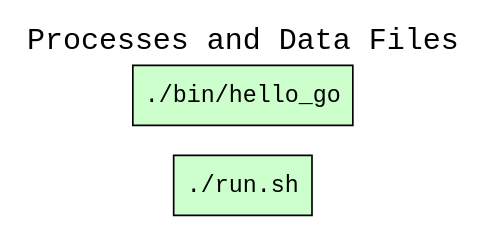
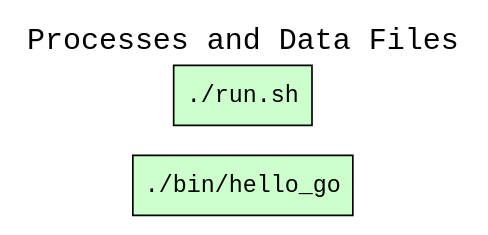
Before and after one commit to CIRSS/cpr: the diagram in examples/02-hello-go/graphs/wt_processes_and_data_files.dot, drawn with Graphviz. The commit also changed other lines of this file and 26 other files, not shown here.

```diff
--- a/examples/02-hello-go/graphs/wt_processes_and_data_files.dot
+++ b/examples/02-hello-go/graphs/wt_processes_and_data_files.dot
@@ -1,10 +1,10 @@
 
 digraph wt_run {
 rankdir=LR
 fontname=Courier; fontsize=18; labelloc=t
 label="Processes and Data Files"
 node[shape=box style="filled" fillcolor="#CCFFCC" peripheries=1 fontname=Courier]
+"exe:e2" [label="./bin/hello_go"]
 "exe:e1" [label="./run.sh"]
-"exe:e2" [label="./bin/hello_go"]
 node[shape=box style="rounded,filled" fillcolor="#FFFFCC" peripheries=1 fontname=Helvetica]
 }
```
